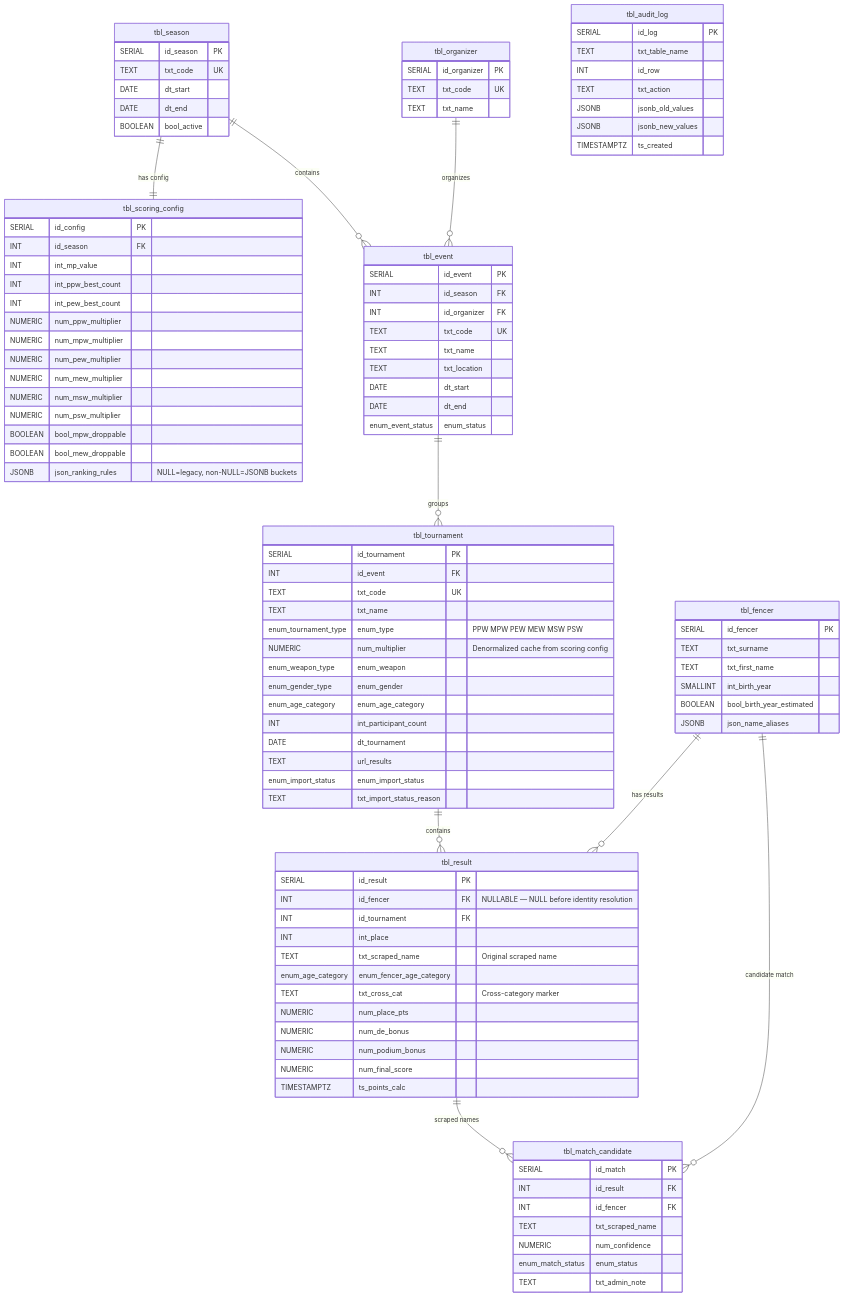
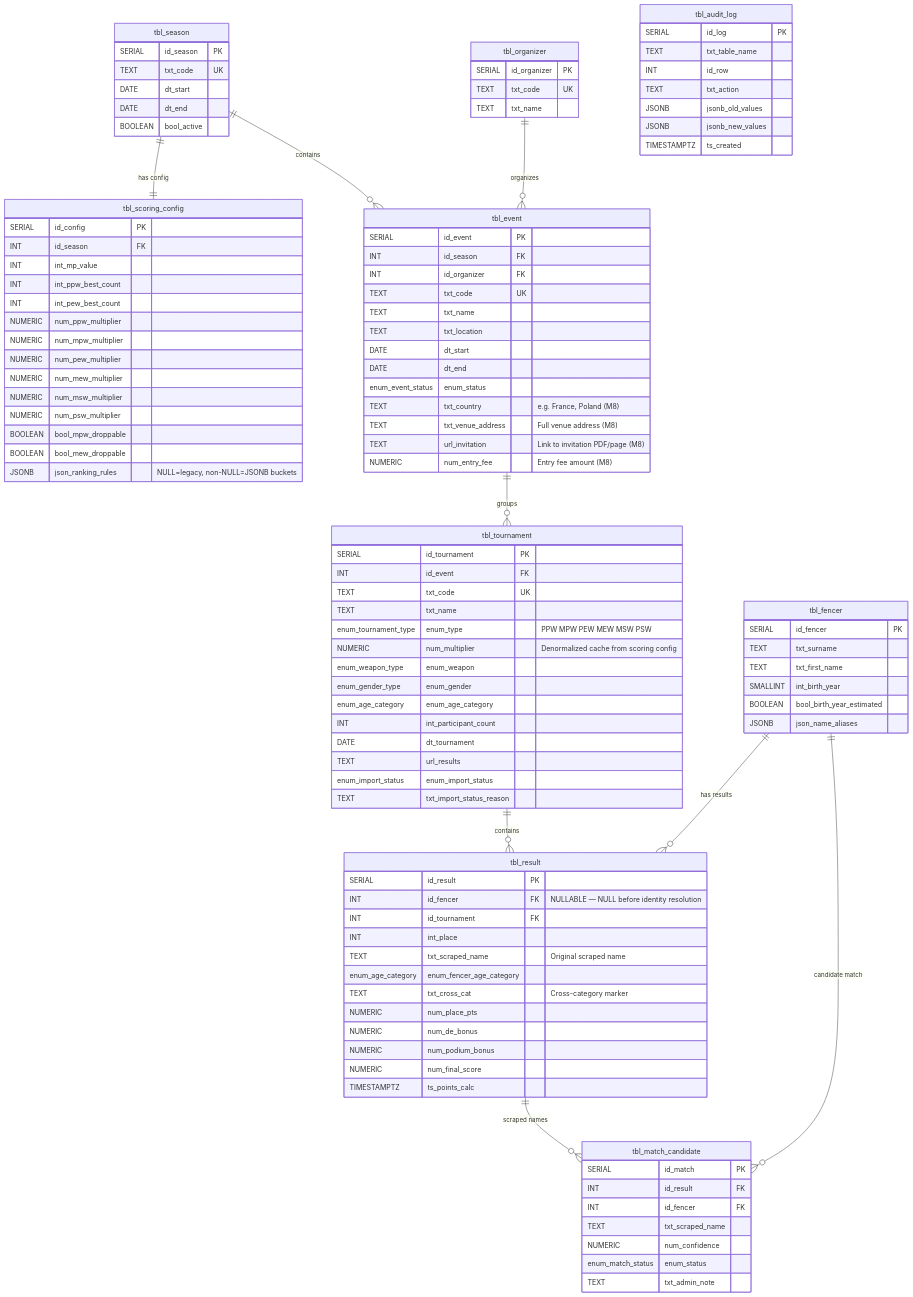
The second of 6 diagrams in doc/Project Specification. SPWS Automated Ranklist System.md (Fencer4Life/spws-automated-ranklist), drawn with Mermaid before and after one commit. The commit also changed other lines of this file and 93 other files, not shown here.

```diff
--- a/doc/Project Specification. SPWS Automated Ranklist System.md
+++ b/doc/Project Specification. SPWS Automated Ranklist System.md
@@ -660,6 +679,10 @@
         DATE dt_start
         DATE dt_end
         enum_event_status enum_status
+        TEXT txt_country "e.g. France, Poland (M8)"
+        TEXT txt_venue_address "Full venue address (M8)"
+        TEXT url_invitation "Link to invitation PDF/page (M8)"
+        NUMERIC num_entry_fee "Entry fee amount (M8)"
     }
     tbl_tournament {
         SERIAL id_tournament PK
```
